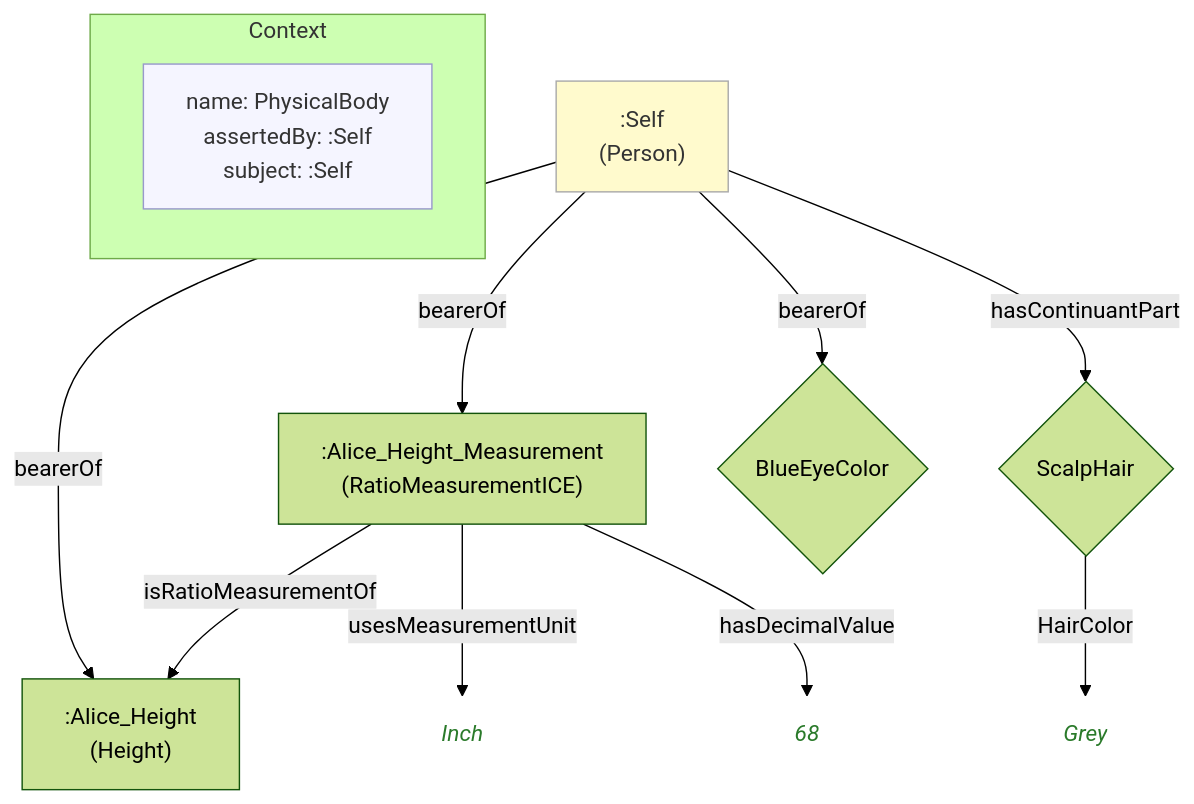
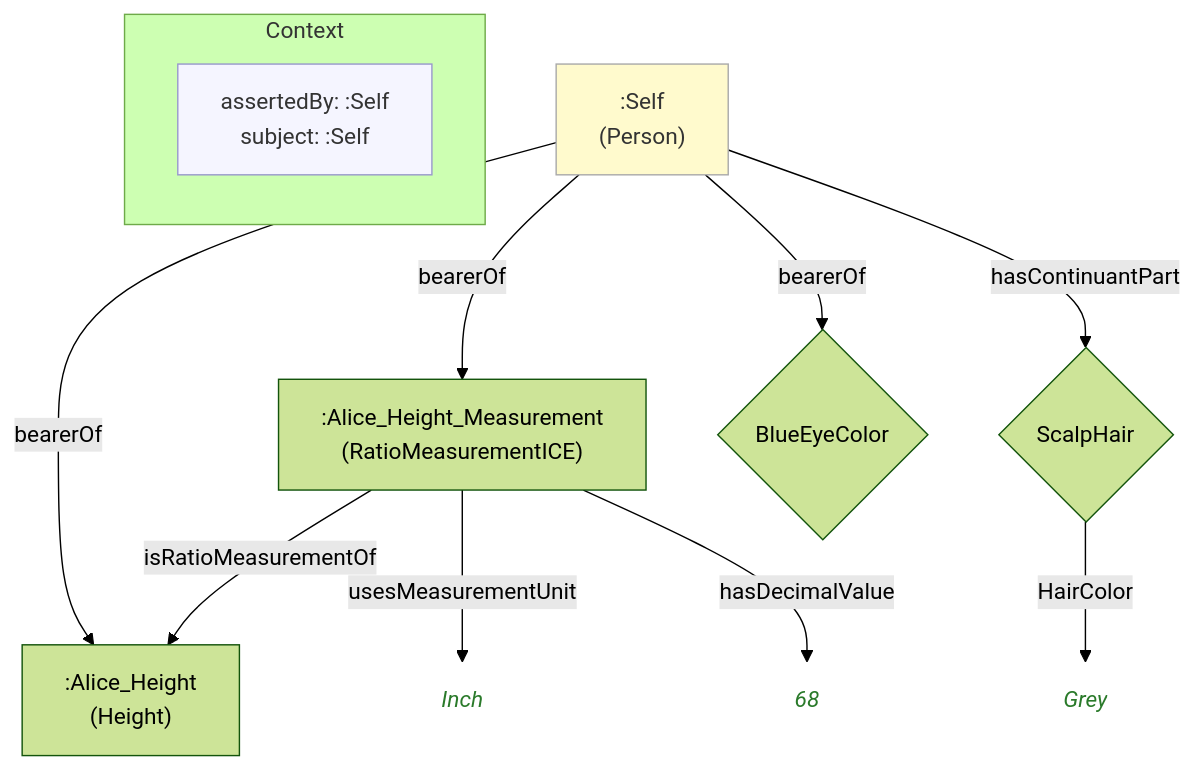
The diagram in example/contexts/images/24-alice(health)alice.mmd (MeeFoundation/mia-ontologies), drawn with Mermaid (forest theme) before and after one commit. The commit also changed 118 other files, not shown here.

```diff
--- a/example/contexts/images/24-alice(health)alice.mmd
+++ b/example/contexts/images/24-alice(health)alice.mmd
@@ -1,29 +1,29 @@
 flowchart TD
     classDef person fill:#fffacd,stroke:#aaa,color:#333
     classDef grp    fill:#d4edda,stroke:#aaa,color:#333
     classDef org    fill:#cce5ff,stroke:#aaa,color:#333
     classDef lit    fill:none,stroke:none,font-style:italic,color:#2a7a2a
     classDef meta   fill:#f5f5ff,stroke:#9999cc,color:#333
 
     subgraph ctx["Context"]
         direction LR
-        ctx_meta["name: PhysicalBody\nassertedBy: :Self\nsubject: :Self"]:::meta
+        ctx_meta["assertedBy: :Self\nsubject: :Self"]:::meta
     end
 
     n5fecfaaf895f[":Alice_Height\n(Height)"]
     n89a1fac192dc[":Alice_Height_Measurement\n(RatioMeasurementICE)"]
     n07bac97f4199("Inch"):::lit
     nb51e42161d31("68"):::lit
     ne0c3ba92f1db[":Self\n(Person)"]:::person
-    n9c533c2fa20c{"BlueEyeColor"}
-    n828d8b43c930{"ScalpHair"}
-    n5c0c5b6556a9("Grey"):::lit
+    nf83d1bf83fde{"BlueEyeColor"}
+    n9ebbe1a956a3{"ScalpHair"}
+    na9dcf12ece52("Grey"):::lit
 
     n89a1fac192dc -->|"isRatioMeasurementOf"| n5fecfaaf895f
     n89a1fac192dc -->|"usesMeasurementUnit"| n07bac97f4199
     n89a1fac192dc -->|"hasDecimalValue"| nb51e42161d31
     ne0c3ba92f1db -->|"bearerOf"| n5fecfaaf895f
     ne0c3ba92f1db -->|"bearerOf"| n89a1fac192dc
-    ne0c3ba92f1db -->|"bearerOf"| n9c533c2fa20c
-    ne0c3ba92f1db -->|"hasContinuantPart"| n828d8b43c930
-    n828d8b43c930 -->|"HairColor"| n5c0c5b6556a9
+    ne0c3ba92f1db -->|"bearerOf"| nf83d1bf83fde
+    ne0c3ba92f1db -->|"hasContinuantPart"| n9ebbe1a956a3
+    n9ebbe1a956a3 -->|"HairColor"| na9dcf12ece52
```
